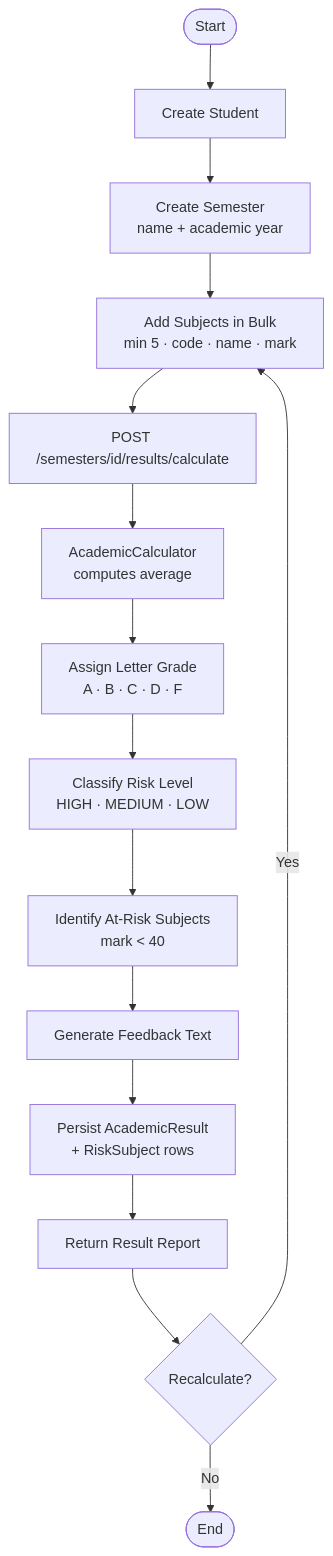
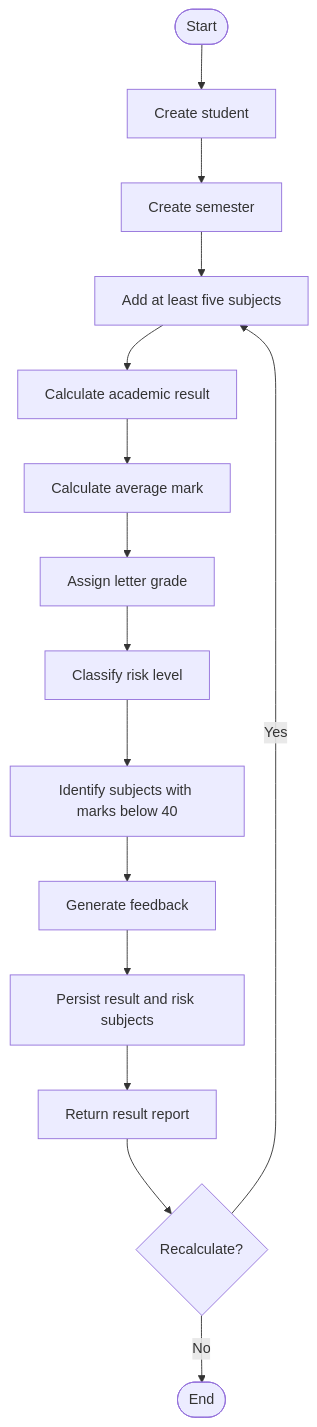
Before and after one commit to khaingminhtun/academic-survival-system: the second of 3 diagrams in README.md, drawn with Mermaid. The commit also changed other lines of this file, not shown here.

````diff
--- a/README.md
+++ b/README.md
@@ -205,33 +142,17 @@
 ```mermaid
-
 flowchart TD
-
-    A([Start]) --> B[Create Student]
-
-    B --> C["Create Semester\nname + academic year"]
-
-    C --> D["Add Subjects in Bulk\nmin 5 · code · name · mark"]
-
-    D --> E[POST /semesters/id/results/calculate]
-
-    E --> F["AcademicCalculator\ncomputes average"]
-
-    F --> G["Assign Letter Grade\nA · B · C · D · F"]
-
-    G --> H["Classify Risk Level\nHIGH · MEDIUM · LOW"]
-
-    H --> I["Identify At-Risk Subjects\nmark < 40"]
-
-    I --> J[Generate Feedback Text]
-
-    J --> K["Persist AcademicResult\n+ RiskSubject rows"]
-
-    K --> L[Return Result Report]
-
-    L --> M{Recalculate?}
-
-    M -- Yes --> D
-
-    M -- No --> N([End])
-
+    A([Start]) --> B["Create student"]
+    B --> C["Create semester"]
+    C --> D["Add at least five subjects"]
+    D --> E["Calculate academic result"]
+    E --> F["Calculate average mark"]
+    F --> G["Assign letter grade"]
+    G --> H["Classify risk level"]
+    H --> I["Identify subjects with marks below 40"]
+    I --> J["Generate feedback"]
+    J --> K["Persist result and risk subjects"]
+    K --> L["Return result report"]
+    L --> M{Recalculate?}
+    M -- Yes --> D
+    M -- No --> N([End])
 ```
````
